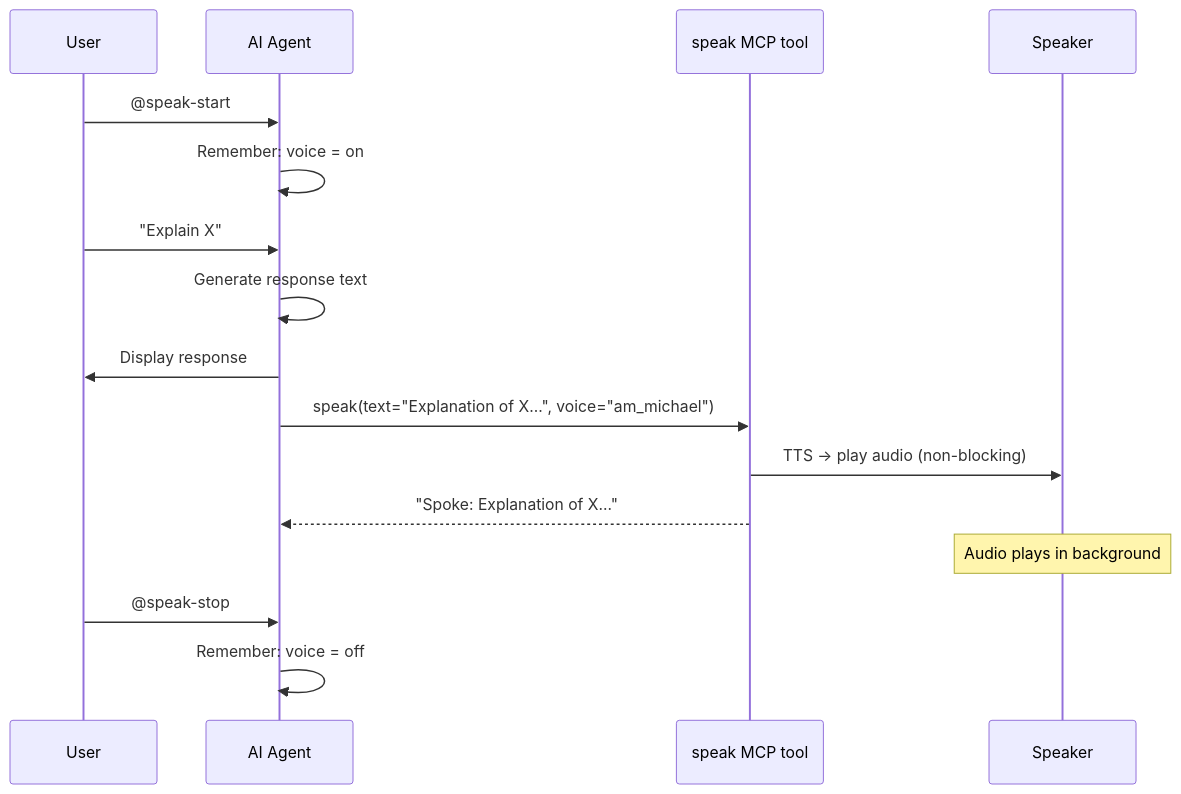
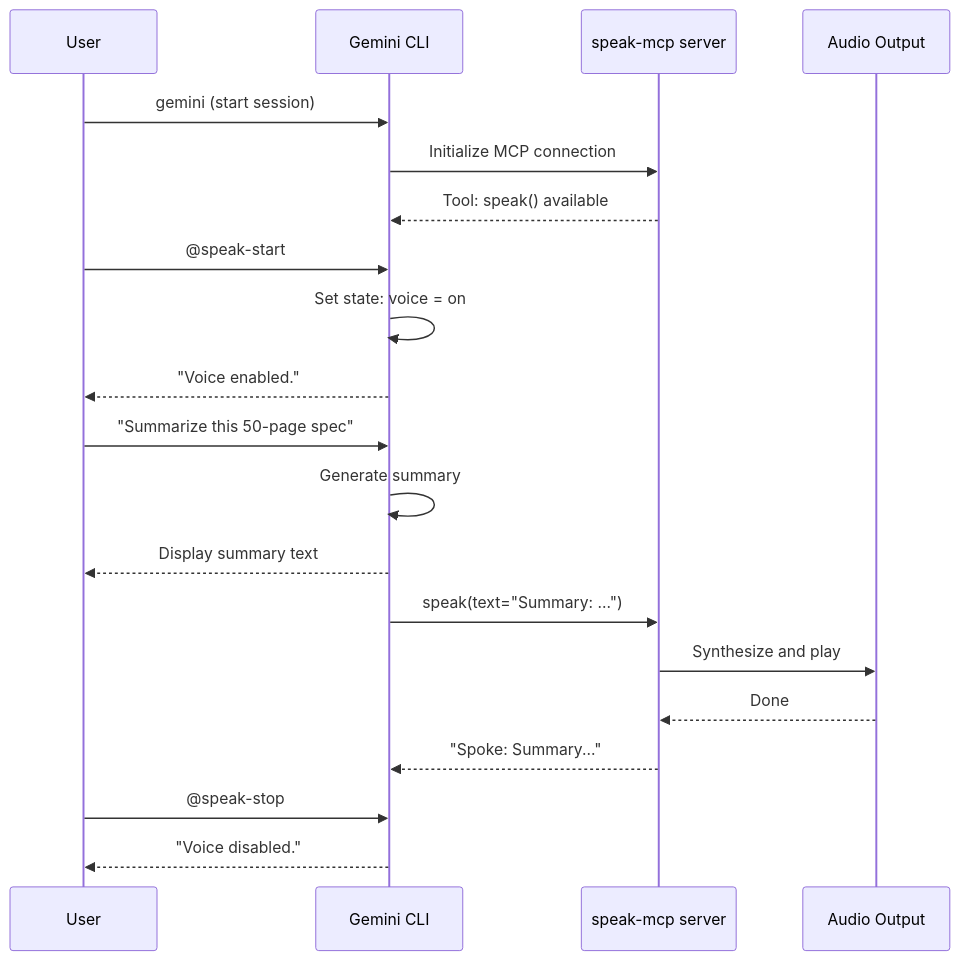
The third of 11 diagrams in docs/use-cases.md (NetDevAutomate/Agent-Speaker), drawn with Mermaid before and after one commit. The commit also changed other lines of this file and 7 other files, not shown here.

First line of the commit message:
docs: add C4 architecture, architecture deep-dive, runbook; rewrite codemap, use-cases, troubleshooting

````diff
--- a/docs/use-cases.md
+++ b/docs/use-cases.md
@@ -85,21 +283,26 @@
 ```mermaid
 sequenceDiagram
     participant User
-    participant Agent as AI Agent
-    participant MCP as speak MCP tool
-    participant Audio as Speaker
+    participant Gemini as Gemini CLI
+    participant MCP as speak-mcp server
+    participant Audio as Audio Output
 
-    User->>Agent: @speak-start
-    Agent->>Agent: Remember: voice = on
+    User->>Gemini: gemini (start session)
+    Gemini->>MCP: Initialize MCP connection
+    MCP-->>Gemini: Tool: speak() available
 
-    User->>Agent: "Explain X"
-    Agent->>Agent: Generate response text
-    Agent->>User: Display response
-    Agent->>MCP: speak(text="Explanation of X...", voice="am_michael")
-    MCP->>Audio: TTS -> play audio (non-blocking)
-    MCP-->>Agent: "Spoke: Explanation of X..."
-    Note over Audio: Audio plays in background
+    User->>Gemini: @speak-start
+    Gemini->>Gemini: Set state: voice = on
+    Gemini-->>User: "Voice enabled."
 
-    User->>Agent: @speak-stop
-    Agent->>Agent: Remember: voice = off
+    User->>Gemini: "Summarize this 50-page spec"
+    Gemini->>Gemini: Generate summary
+    Gemini-->>User: Display summary text
+    Gemini->>MCP: speak(text="Summary: ...")
+    MCP->>Audio: Synthesize and play
+    Audio-->>MCP: Done
+    MCP-->>Gemini: "Spoke: Summary..."
+
+    User->>Gemini: @speak-stop
+    Gemini-->>User: "Voice disabled."
 ```
````
